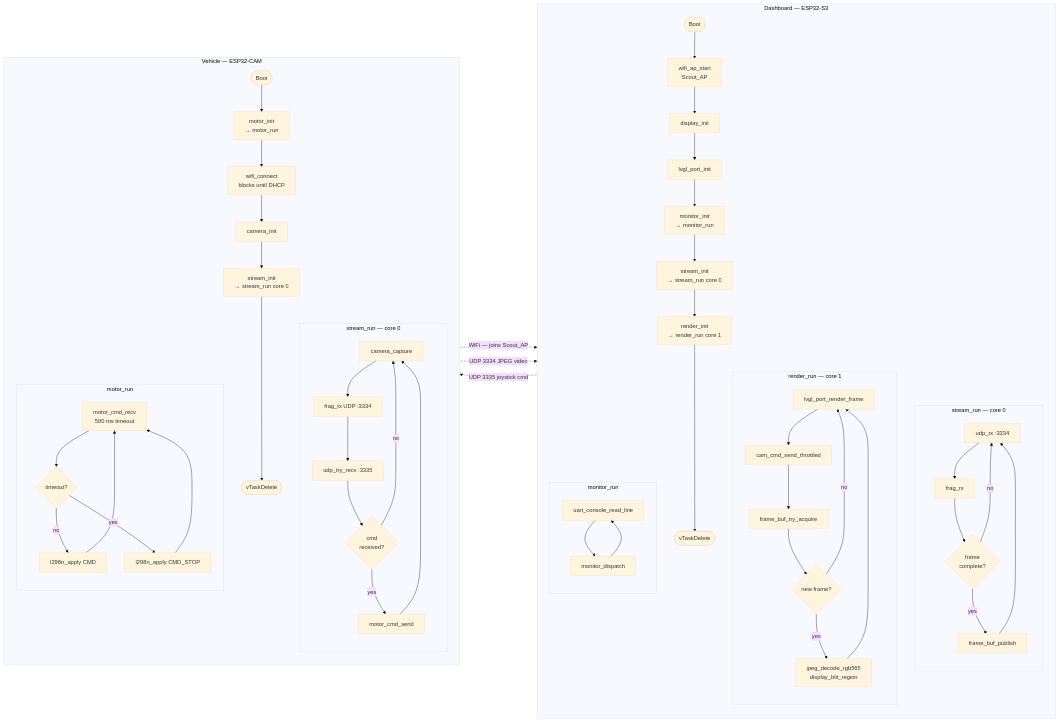
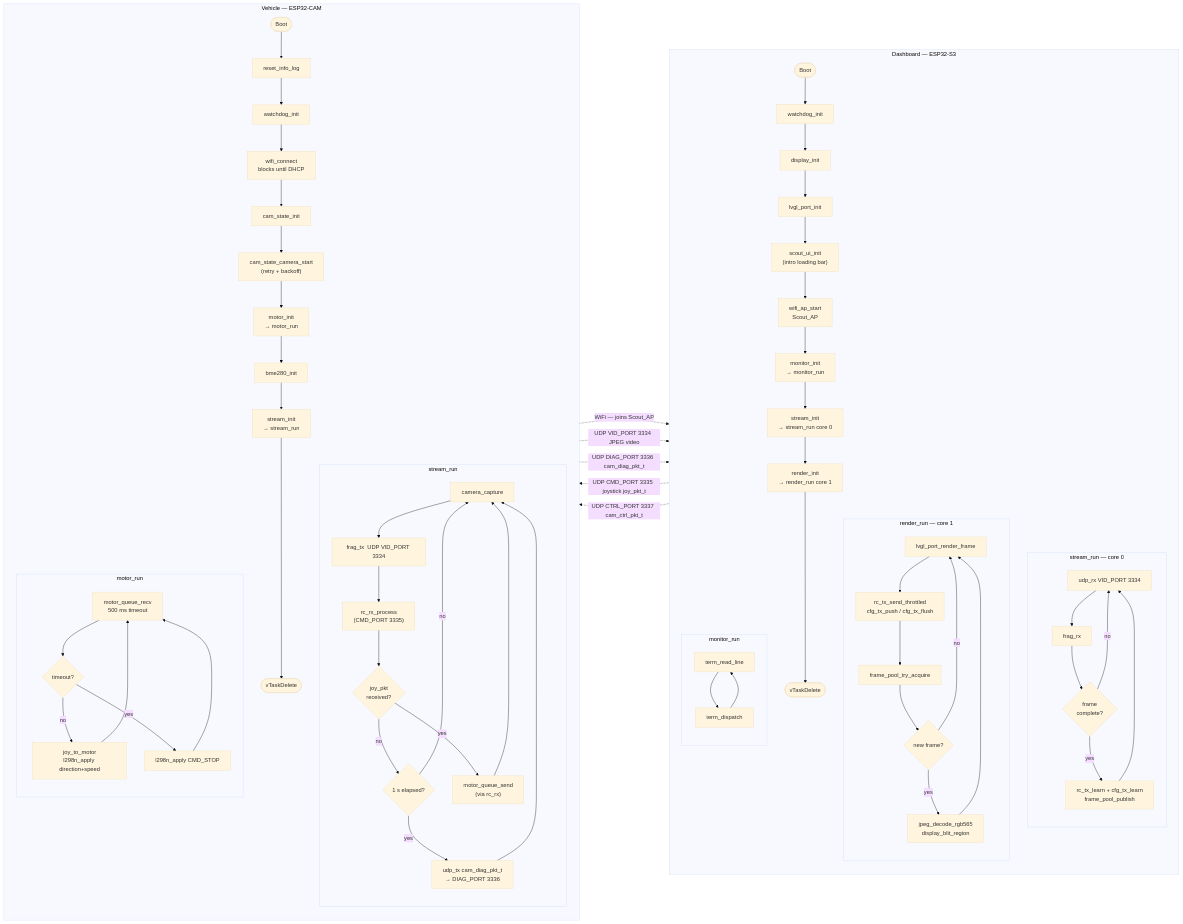
Before and after one commit to LINTECH-CHAS-ACADEMY-SUVX25/Scout: the diagram in docs/diagrams/program_flow.md, drawn with Mermaid (base theme). The commit also changed 2 other files, not shown here.

Commit message:
Updated docs/diagrams

````diff
--- a/docs/diagrams/program_flow.md
+++ b/docs/diagrams/program_flow.md
@@ -8,27 +8,29 @@
         direction TB
 
         DS([Boot])
-        DS --> D1["wifi_ap_start\nScout_AP"]
-        D1 --> D2[display_init]
-        D2 --> D3[lvgl_port_init]
-        D3 --> D4["monitor_init\n→ monitor_run"]
-        D4 --> D5["stream_init\n→ stream_run  core 0"]
-        D5 --> D6["render_init\n→ render_run  core 1"]
-        D6 --> D7([vTaskDelete])
+        DS --> D0[watchdog_init]
+        D0 --> D1[display_init]
+        D1 --> D2[lvgl_port_init]
+        D2 --> D3["scout_ui_init\n(intro loading bar)"]
+        D3 --> D4["wifi_ap_start\nScout_AP"]
+        D4 --> D5["monitor_init\n→ monitor_run"]
+        D5 --> D6["stream_init\n→ stream_run  core 0"]
+        D6 --> D7["render_init\n→ render_run  core 1"]
+        D7 --> D8([vTaskDelete])
 
         subgraph STREAM_LOOP["stream_run — core 0"]
             direction TB
-            SL1["udp_rx  :3334"] --> SL2[frag_rx]
+            SL1["udp_rx  VID_PORT 3334"] --> SL2[frag_rx]
             SL2 --> SL3{frame\ncomplete?}
             SL3 -- no --> SL1
-            SL3 -- yes --> SL4[frame_buf_publish]
+            SL3 -- yes --> SL4["rc_tx_learn + cfg_tx_learn\nframe_pool_publish"]
             SL4 --> SL1
         end
 
         subgraph RENDER_LOOP["render_run — core 1"]
             direction TB
-            RL1[lvgl_port_render_frame] --> RL2[cam_cmd_send_throttled]
-            RL2 --> RL3[frame_buf_try_acquire]
+            RL1[lvgl_port_render_frame] --> RL2["rc_tx_send_throttled\ncfg_tx_push / cfg_tx_flush"]
+            RL2 --> RL3[frame_pool_try_acquire]
             RL3 --> RL4{new frame?}
             RL4 -- no --> RL1
             RL4 -- yes --> RL5["jpeg_decode_rgb565\ndisplay_blit_region"]
@@ -37,7 +39,7 @@
 
         subgraph MONITOR_LOOP["monitor_run"]
             direction TB
-            ML1[uart_console_read_line] --> ML2[monitor_dispatch]
+            ML1[term_read_line] --> ML2[term_dispatch]
             ML2 --> ML1
         end
     end
@@ -46,33 +48,42 @@
         direction TB
 
         VS([Boot])
-        VS --> V1["motor_init\n→ motor_run"]
+        VS --> V0[reset_info_log]
+        V0 --> V1[watchdog_init]
         V1 --> V2["wifi_connect\nblocks until DHCP"]
-        V2 --> V3[camera_init]
-        V3 --> V4["stream_init\n→ stream_run  core 0"]
-        V4 --> V5([vTaskDelete])
+        V2 --> V3[cam_state_init]
+        V3 --> V4["cam_state_camera_start\n(retry + backoff)"]
+        V4 --> V5["motor_init\n→ motor_run"]
+        V5 --> V6[bme280_init]
+        V6 --> V7["stream_init\n→ stream_run"]
+        V7 --> V8([vTaskDelete])
 
-        subgraph CAM_STREAM_LOOP["stream_run — core 0"]
+        subgraph CAM_STREAM_LOOP["stream_run"]
             direction TB
-            CL1[camera_capture] --> CL2["frag_tx  UDP :3334"]
-            CL2 --> CL3["udp_try_recv  :3335"]
-            CL3 --> CL4{cmd\nreceived?}
-            CL4 -- no --> CL1
-            CL4 -- yes --> CL5[motor_cmd_send]
-            CL5 --> CL1
+            CL1[camera_capture] --> CL2["frag_tx  UDP VID_PORT 3334"]
+            CL2 --> CL3["rc_rx_process\n(CMD_PORT 3335)"]
+            CL3 --> CL4{joy_pkt\nreceived?}
+            CL4 -- no --> CL5{1 s elapsed?}
+            CL4 -- yes --> CL6["motor_queue_send\n(via rc_rx)"]
+            CL5 -- no --> CL1
+            CL5 -- yes --> CL7["udp_tx cam_diag_pkt_t\n→ DIAG_PORT 3336"]
+            CL6 --> CL1
+            CL7 --> CL1
         end
 
         subgraph MOTOR_LOOP["motor_run"]
             direction TB
-            MR1["motor_cmd_recv\n500 ms timeout"] --> MR2{timeout?}
-            MR2 -- no --> MR3[l298n_apply CMD]
+            MR1["motor_queue_recv\n500 ms timeout"] --> MR2{timeout?}
+            MR2 -- no --> MR3["joy_to_motor\nl298n_apply direction+speed"]
             MR2 -- yes --> MR4[l298n_apply CMD_STOP]
             MR3 --> MR1
             MR4 --> MR1
         end
     end
 
-    V2 -. "WiFi — joins Scout_AP" .-> D1
-    CL2 -. "UDP 3334  JPEG video" .-> SL1
-    RL2 -. "UDP 3335  joystick cmd" .-> CL3
+    V2 -. "WiFi — joins Scout_AP" .-> D4
+    CL2 -. "UDP VID_PORT 3334  JPEG video" .-> SL1
+    RL2 -. "UDP CMD_PORT 3335  joystick joy_pkt_t" .-> CL3
+    CL7 -. "UDP DIAG_PORT 3336  cam_diag_pkt_t" .-> SL1
+    RL2 -. "UDP CTRL_PORT 3337  cam_ctrl_pkt_t" .-> CL3
 ```
````
